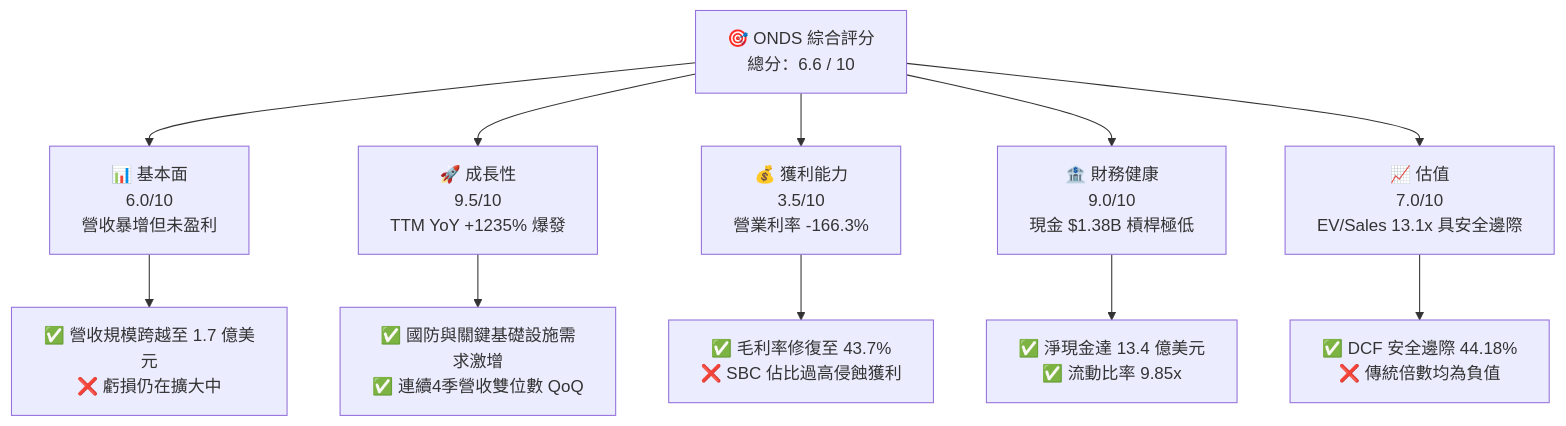
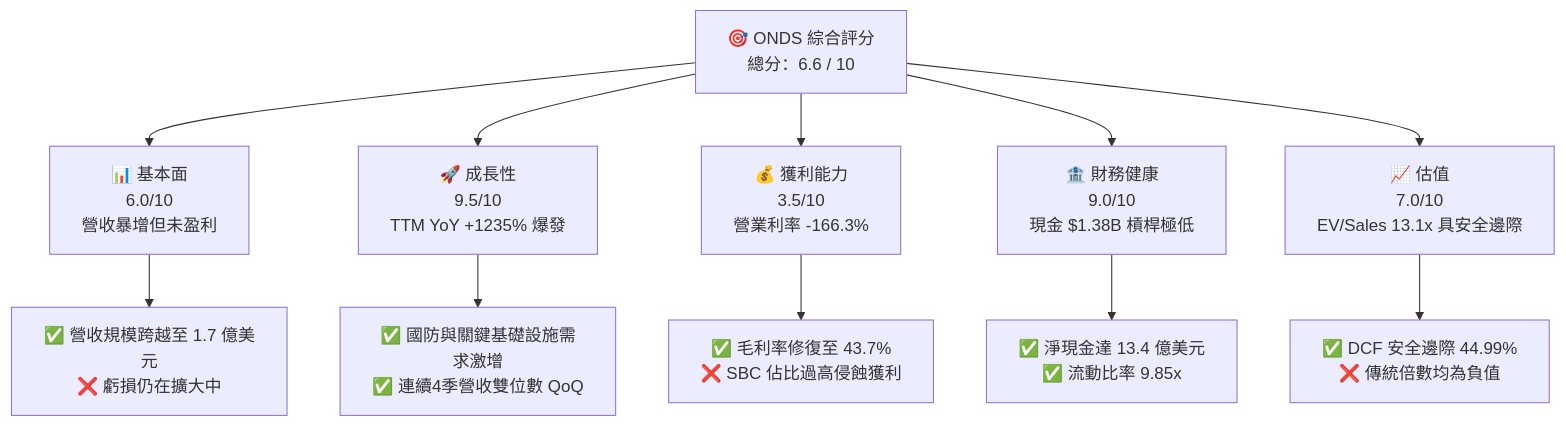
Before and after one commit to yennanliu/finance_data: the first of 15 diagrams in ai_gen_report/fundamental/onds/fundamental_analysis_2026-10-16_gemini.md, drawn with Mermaid. The commit also changed other lines of this file and 339 other files, not shown here.

````diff
--- a/ai_gen_report/fundamental/onds/fundamental_analysis_2026-10-16_gemini.md
+++ b/ai_gen_report/fundamental/onds/fundamental_analysis_2026-10-16_gemini.md
@@ -63,22 +70,22 @@
 ```mermaid
 graph TD
     TICKER["🎯 ONDS 綜合評分<br/>總分：6.6 / 10"]
 
     F["📊 基本面<br/>6.0/10<br/>營收暴增但未盈利"]
     G["🚀 成長性<br/>9.5/10<br/>TTM YoY +1235% 爆發"]
     P["💰 獲利能力<br/>3.5/10<br/>營業利率 -166.3%"]
     B["🏦 財務健康<br/>9.0/10<br/>現金 $1.38B 槓桿極低"]
     V["📈 估值<br/>7.0/10<br/>EV/Sales 13.1x 具安全邊際"]
 
     TICKER --> F
     TICKER --> G
     TICKER --> P
     TICKER --> B
     TICKER --> V
 
     F --> F1["✅ 營收規模跨越至 1.7 億美元<br/>❌ 虧損仍在擴大中"]
     G --> G1["✅ 國防與關鍵基礎設施需求激增<br/>✅ 連續4季營收雙位數 QoQ"]
     P --> P1["✅ 毛利率修復至 43.7%<br/>❌ SBC 佔比過高侵蝕獲利"]
     B --> B1["✅ 淨現金達 13.4 億美元<br/>✅ 流動比率 9.85x"]
-    V --> V1["✅ DCF 安全邊際 44.18%<br/>❌ 傳統倍數均為負值"]
+    V --> V1["✅ DCF 安全邊際 44.99%<br/>❌ 傳統倍數均為負值"]
 ```
````
